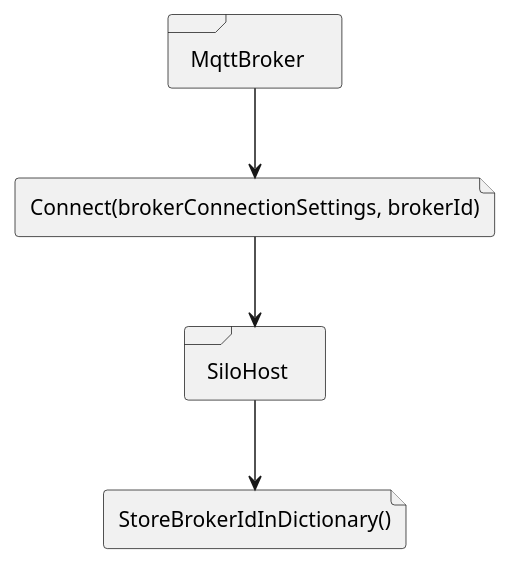
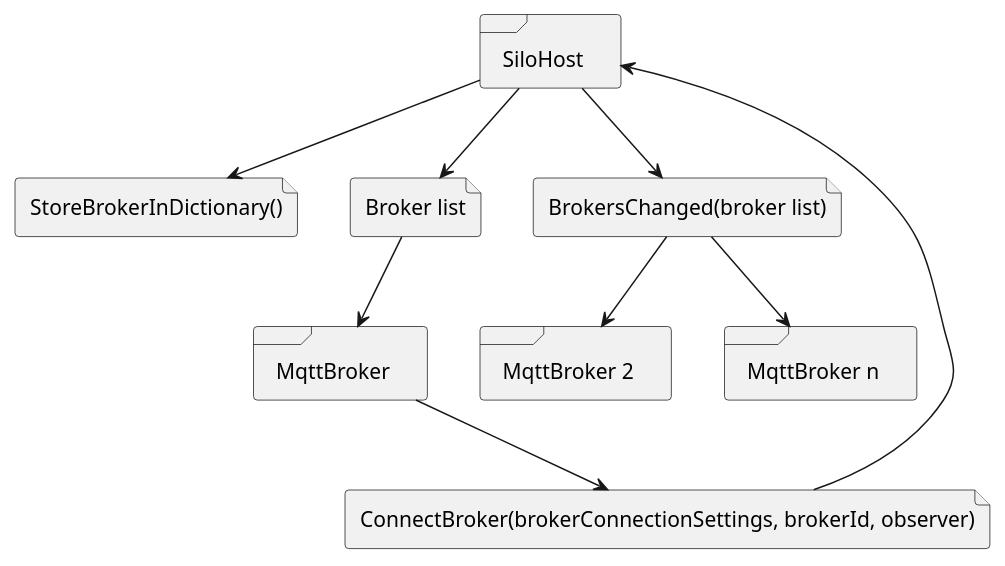
Before and after one commit to SeppPenner/NetCoreMQTTExampleCluster: the diagram in images/broker-connect.wsd, drawn with PlantUML. The commit also changed 17 other files, not shown here.

```diff
--- a/images/broker-connect.wsd
+++ b/images/broker-connect.wsd
@@ -1,18 +1,31 @@
 @startuml
 
 skinparam componentStyle uml2
 
-file "Connect(brokerConnectionSettings, brokerId)" as ConnectPackage
-file "StoreBrokerIdInDictionary()" as Dictionary
+file "ConnectBroker(brokerConnectionSettings, brokerId, observer)" as ConnectPackage
+file "StoreBrokerInDictionary()" as Dictionary
+file "Broker list" as BrokerList
+file "BrokersChanged(broker list)" as Notify
 
 frame SiloHost {
 }
 
 frame "MqttBroker" as MqttBroker {
 }
 
+frame "MqttBroker 2" as MqttBroker2 {
+}
+
+frame "MqttBroker n" as MqttBrokerN {
+}
+
 MqttBroker --> ConnectPackage
 ConnectPackage --> SiloHost
 SiloHost --> Dictionary
+SiloHost --> BrokerList
+BrokerList --> MqttBroker
+SiloHost --> Notify
+Notify --> MqttBroker2
+Notify --> MqttBrokerN
 
 @enduml
```
